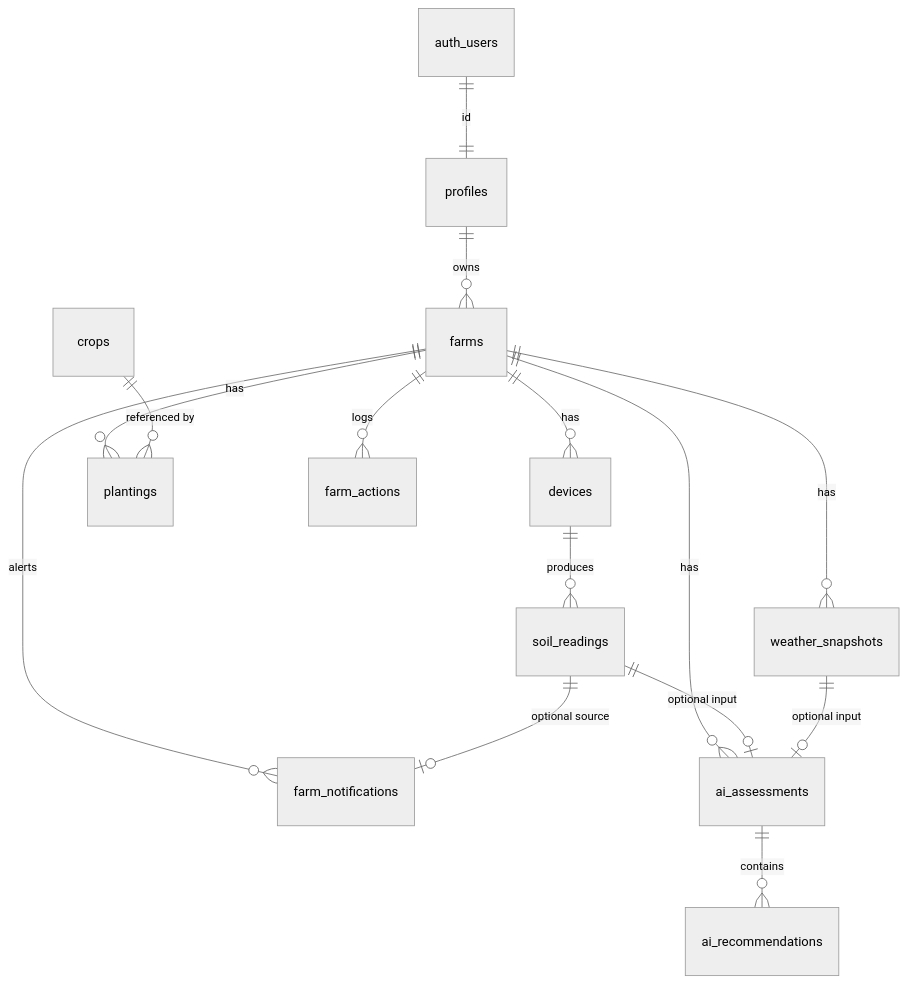
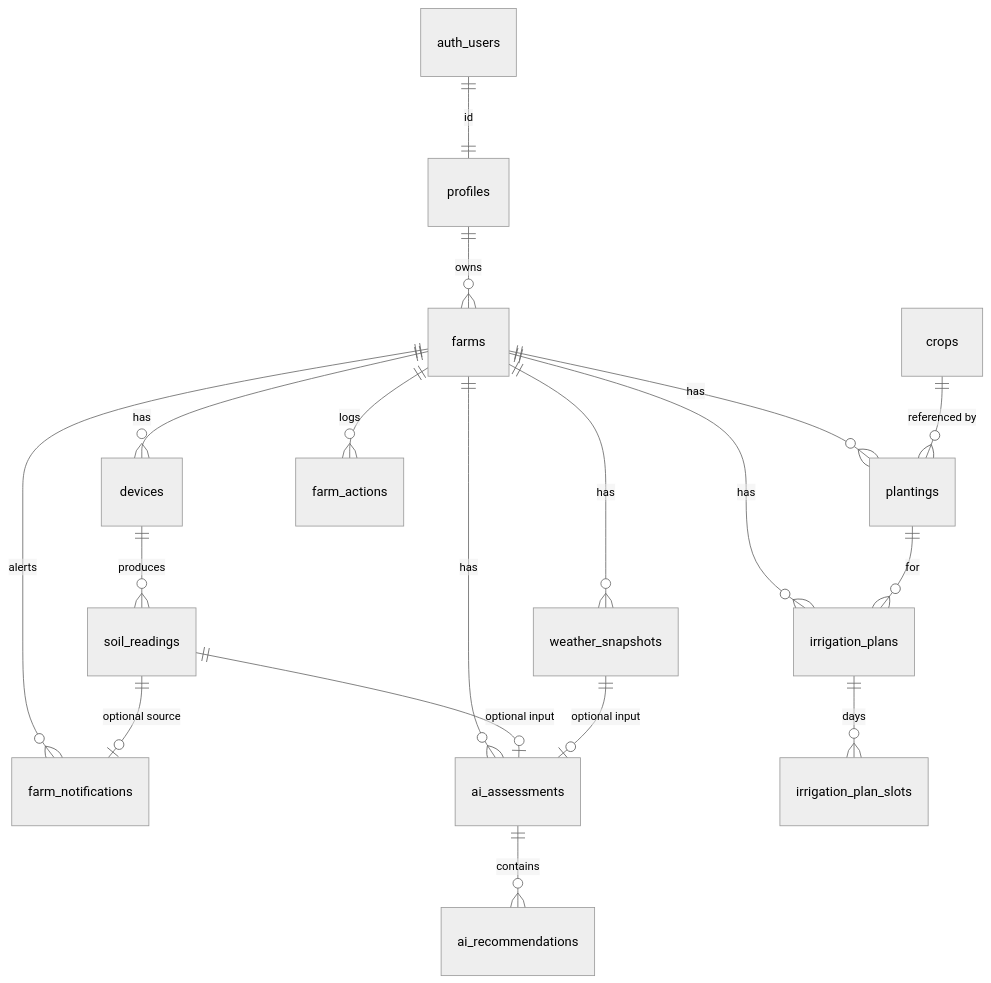
The first of 2 diagrams in docs/context/DATA_MODEL.md (markjoelalcaraz/SoilGood), drawn with Mermaid (neutral theme) before and after one commit. The commit also changed other lines of this file and 313 other files, not shown here.

Commit message:
Record the working SoilGood system so device builds match the current app, including farm setup, soil fit, irrigation plans, and account recovery.

````diff
--- a/docs/context/DATA_MODEL.md
+++ b/docs/context/DATA_MODEL.md
@@ -18,17 +22,20 @@
 ```mermaid
 erDiagram
   auth_users ||--|| profiles : "id"
   profiles ||--o{ farms : owns
   farms ||--o{ devices : has
   devices ||--o{ soil_readings : produces
   farms ||--o{ weather_snapshots : has
   farms ||--o{ plantings : has
   crops ||--o{ plantings : "referenced by"
   farms ||--o{ farm_actions : logs
   farms ||--o{ farm_notifications : alerts
   farms ||--o{ ai_assessments : has
   ai_assessments ||--o{ ai_recommendations : contains
+  farms ||--o{ irrigation_plans : has
+  plantings ||--o{ irrigation_plans : for
+  irrigation_plans ||--o{ irrigation_plan_slots : days
   soil_readings ||--o| ai_assessments : "optional input"
   weather_snapshots ||--o| ai_assessments : "optional input"
   soil_readings ||--o| farm_notifications : "optional source"
 ```
````
